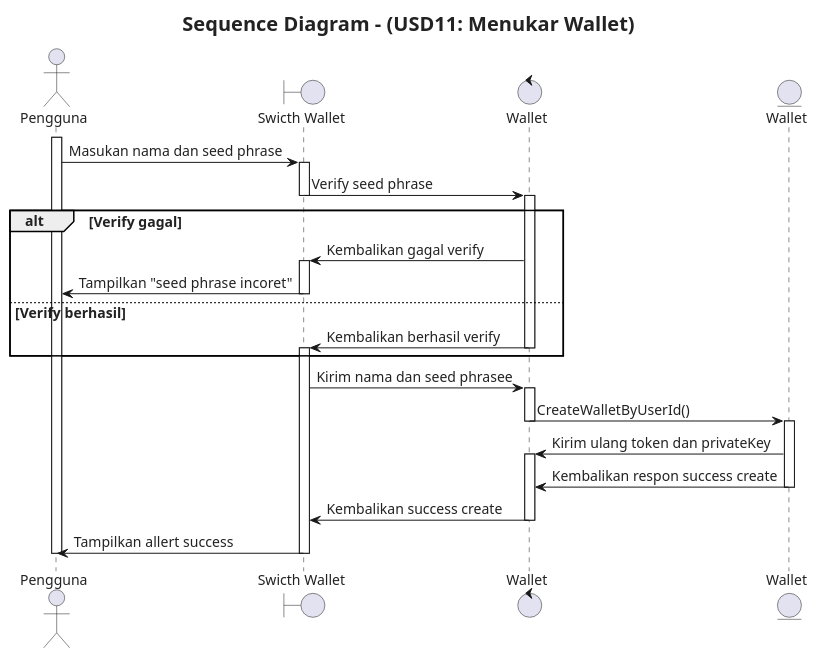
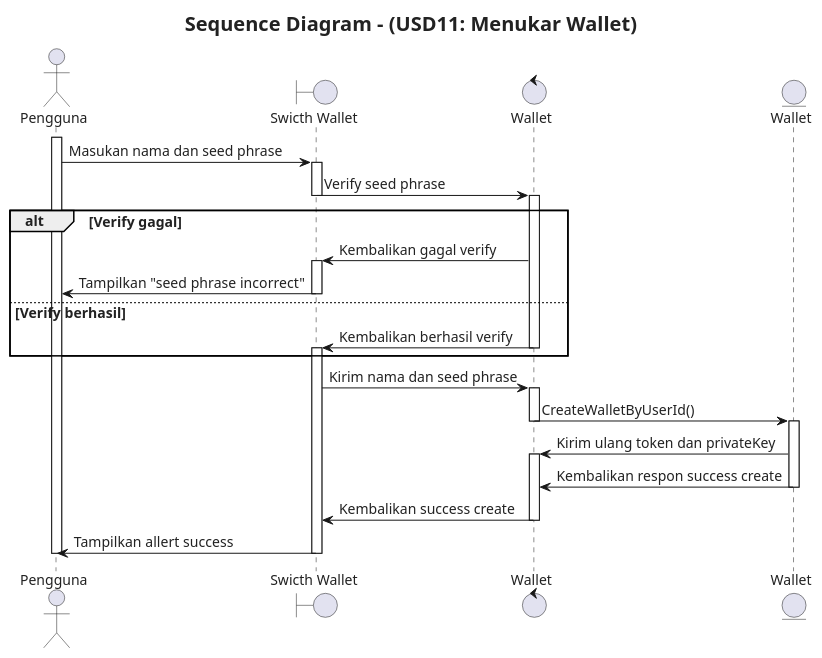
The diagram in sequence-diagram/11_Menukar wallet.puml (syafiq-ubay/walldoc-plantUML), drawn with PlantUML before and after one commit. The commit also changed 4 other files, not shown here.

```diff
--- a/sequence-diagram/11_Menukar wallet.puml
+++ b/sequence-diagram/11_Menukar wallet.puml
@@ -1,44 +1,44 @@
 @startuml
 skinparam defaultFontName "JetBrains Mono"
 skinparam defaultFontSize 14
 skinparam defaultFontColor #222222
 skinparam titleFontSize 20
 title Sequence Diagram - (USD11: Menukar Wallet)
 
 actor Pengguna as User
 boundary "Swicth Wallet" as View
 control "Wallet" as System
 entity "Wallet" as DB2
 
 activate User
 User -> View: Masukan nama dan seed phrase
 activate View
 View -> System: Verify seed phrase
 deactivate View
 activate System
 
 alt Verify gagal
     System -> View: Kembalikan gagal verify
     activate View
-    View -> User: Tampilkan "seed phrase incoret"
+    View -> User: Tampilkan "seed phrase incorrect"
     deactivate View
 else Verify berhasil
     System -> View: Kembalikan berhasil verify
     deactivate System
     activate View
 end
-    View -> System: Kirim nama dan seed phrasee
+    View -> System: Kirim nama dan seed phrase
     activate System
     System -> DB2: CreateWalletByUserId()
     deactivate System
     activate DB2
     DB2 -> System: Kirim ulang token dan privateKey
     activate System
     DB2 -> System: Kembalikan respon success create
     deactivate DB2
     System -> View: Kembalikan success create
     deactivate System
     View -> User: Tampilkan allert success
     deactivate View
 deactivate User
 @enduml
```
